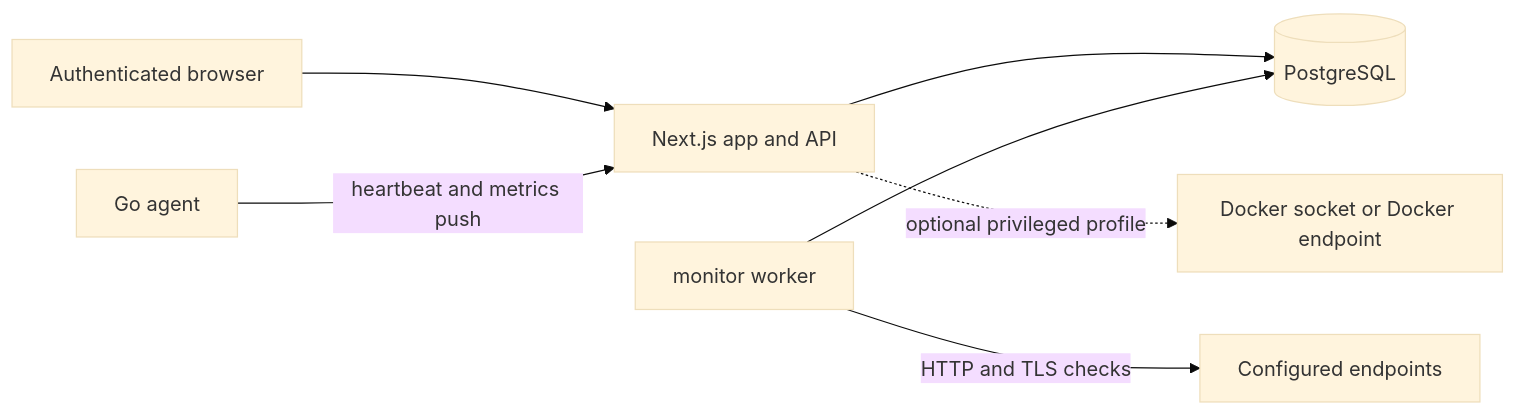
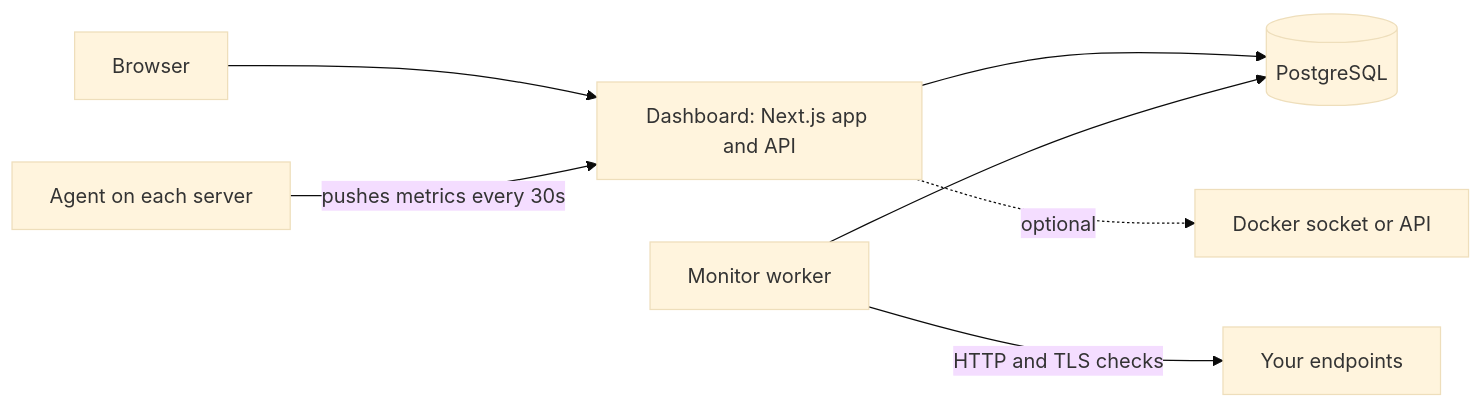
One commit to Claritys11/DevSecOps-Dashboard changed the diagram in README.md. Above: the diagram before and after it, drawn with Mermaid (base theme). The commit also changed other lines of this file and 112 other files, not shown here.

First line of the commit message:
feat: one-line install, UI agent enrollment and redesigned dashboard (#11)

````diff
--- a/README.md
+++ b/README.md
@@ -26,9 +78,9 @@
 ```mermaid
 flowchart LR
-  Browser[Authenticated browser] --> App[Next.js app and API]
-  Agent[Go agent] -->|heartbeat and metrics push| App
+  Browser --> App[Dashboard: Next.js app and API]
+  Agent[Agent on each server] -->|pushes metrics every 30s| App
   App --> DB[(PostgreSQL)]
-  Worker[monitor worker] --> DB
-  Worker -->|HTTP and TLS checks| Endpoints[Configured endpoints]
-  App -. optional privileged profile .-> Docker[Docker socket or Docker endpoint]
+  Worker[Monitor worker] --> DB
+  Worker -->|HTTP and TLS checks| Endpoints[Your endpoints]
+  App -. optional .-> Docker[Docker socket or API]
 ```
````
